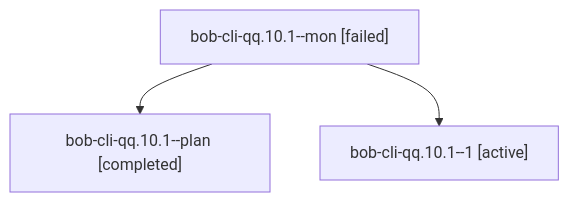
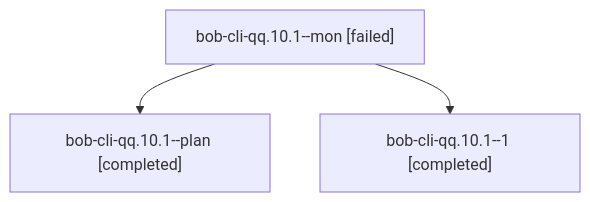
Before and after one commit to bobs-org/bob-cli--agents: the diagram in sessions/bbugyi200.apollo.bob-cli-qq.10.1.md, drawn with Mermaid. The commit also changed other lines of this file and 68 other files, not shown here.

````diff
--- a/sessions/bbugyi200.apollo.bob-cli-qq.10.1.md
+++ b/sessions/bbugyi200.apollo.bob-cli-qq.10.1.md
@@ -9,8 +9,8 @@
 ```mermaid
 flowchart TD
   n0["bob-cli-qq.10.1--mon [failed]"]
   n1["bob-cli-qq.10.1--plan [completed]"]
   n0 --> n1
-  n2["bob-cli-qq.10.1--1 [active]"]
+  n2["bob-cli-qq.10.1--1 [completed]"]
   n0 --> n2
 ```
````
